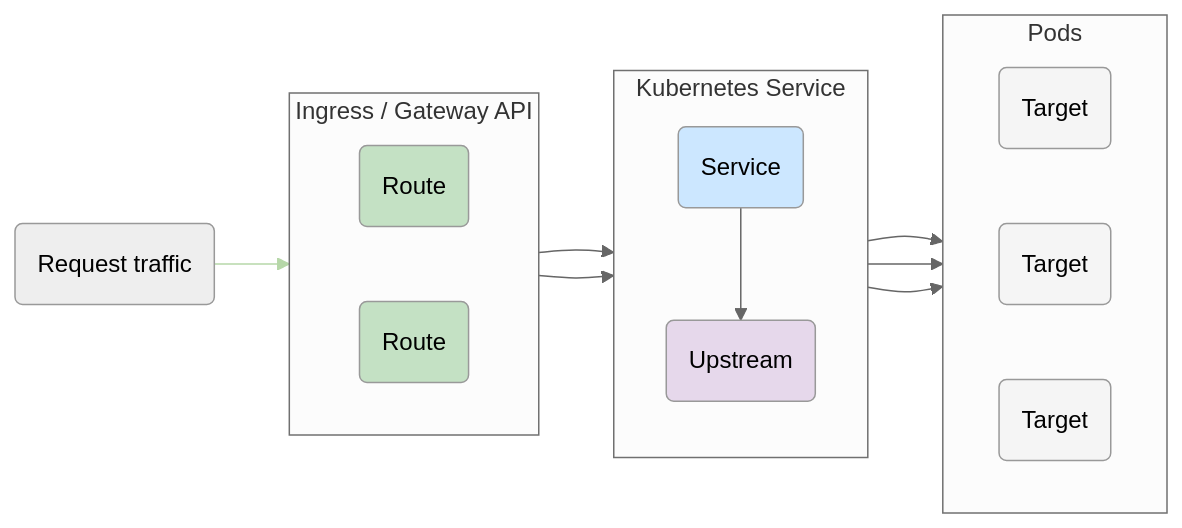
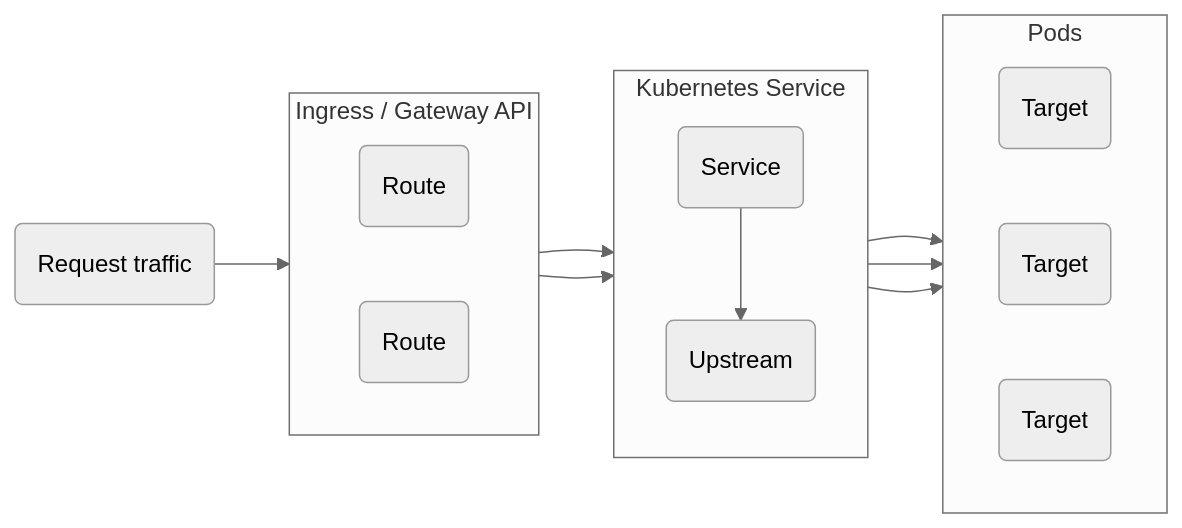
Before and after one commit to Kong/developer.konghq.com: the second of 2 diagrams in app/kubernetes-ingress-controller/architecture.md, drawn with Mermaid (neutral theme). The commit also changed 1 other file, not shown here.

Commit message:
Remove mermaid colours

```diff
--- a/app/kubernetes-ingress-controller/architecture.md
+++ b/app/kubernetes-ingress-controller/architecture.md
@@ -97,42 +97,30 @@
 {% mermaid %}
 flowchart LR
     H(Request traffic)
     subgraph Pods
         direction LR
         E(Target)
         F(Target)
         G(Target)
     end
 
     subgraph Kubernetes Service
         direction TB
         C(Service)
         D(Upstream)
     end
     
     subgraph Ingress / Gateway API
         direction LR
         A(Route)
         B(Route)
     end
 
     A --> C
     B --> C
     C --> D
     D --> E
     D --> F
     D --> G
     H --> A
-
-    classDef lightBlue fill:#cce7ff;
-    classDef lightGreen fill:#c4e1c4;
-    classDef lightPurple fill:#e6d8eb;
-    classDef lightGrey fill:#f5f5f5;
-
-    class A,B lightGreen;
-    class C lightBlue;
-    class D lightPurple;
-    class E,F,G lightGrey;
-
-    linkStyle 6 stroke:#b6d7a8
 {% endmermaid %}
```
